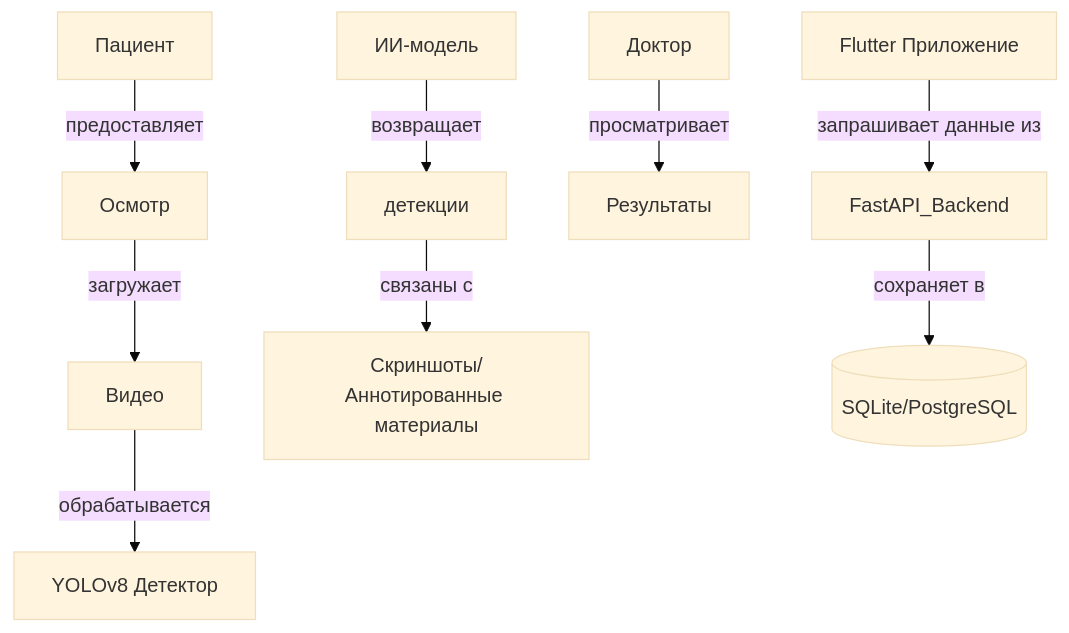
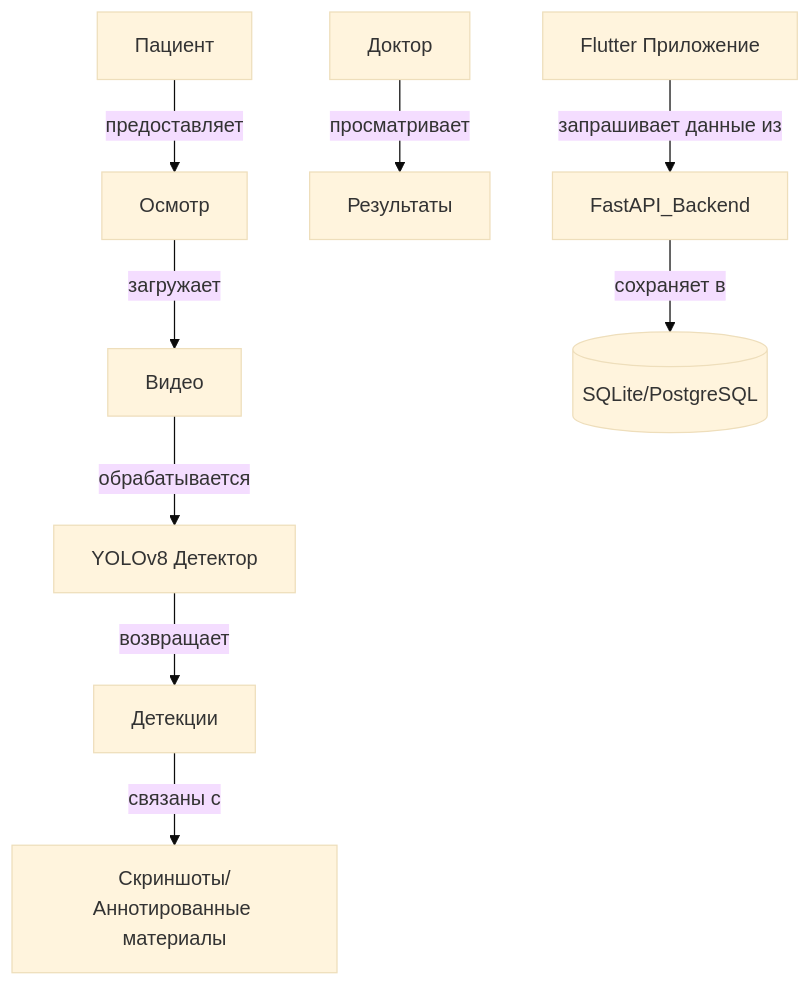
The diagram in README.ru.md (Kazualov/endoscopy_tool), drawn with Mermaid (base theme) before and after one commit.

````diff
--- a/README.ru.md
+++ b/README.ru.md
@@ -37,11 +37,11 @@
 ```mermaid
 graph TD
     Пациент -->|предоставляет| Осмотр
     Осмотр -->|загружает| Видео
-    Видео -->|обрабатывается| Моделью[YOLOv8 Детектор]
-    ИИ-модель -->|возвращает| детекции
-    детекции -->|связаны с| скриншотыБД[Скриншоты/Аннотированные материалы]
+    Видео -->|обрабатывается| Модель[YOLOv8 Детектор]
+    Модель -->|возвращает| Детекции
+    Детекции -->|связаны с| скриншотыБД[Скриншоты/Аннотированные материалы]
     Доктор -->|просматривает| Результаты
     FrontendApp[Flutter Приложение] -->|запрашивает данные из| FastAPI_Backend
     FastAPI_Backend -->|сохраняет в| Database[(SQLite/PostgreSQL)]
 ```
````
